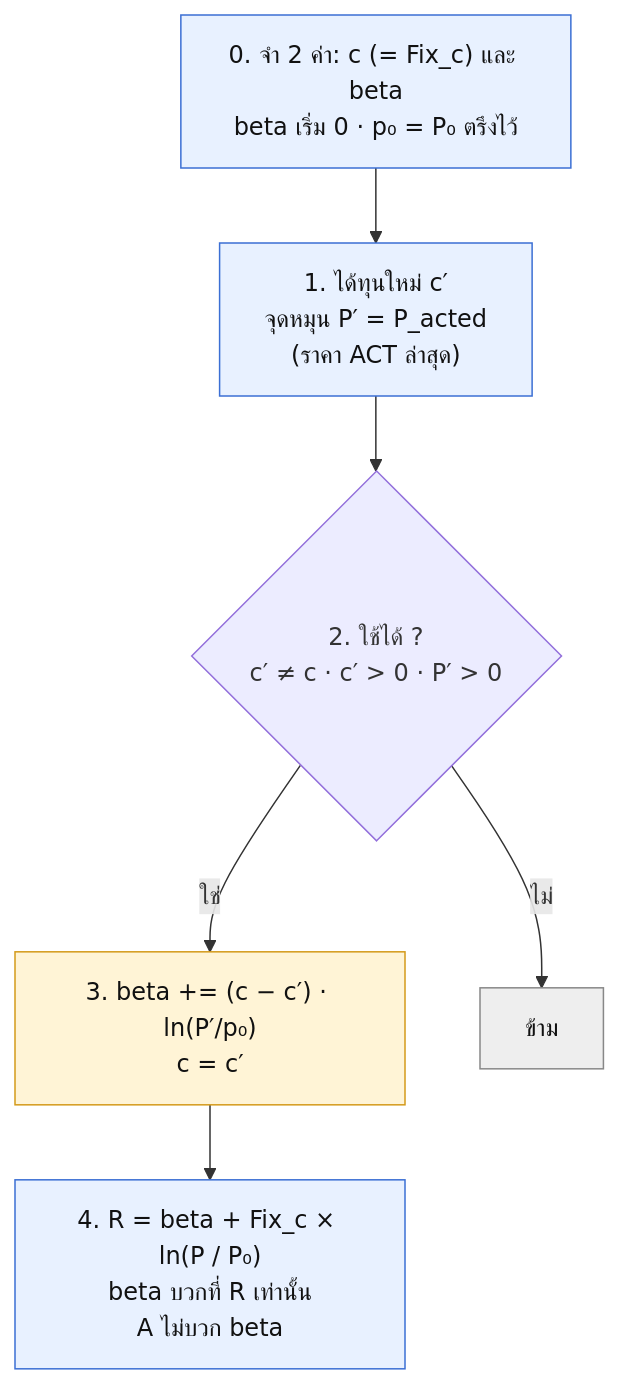
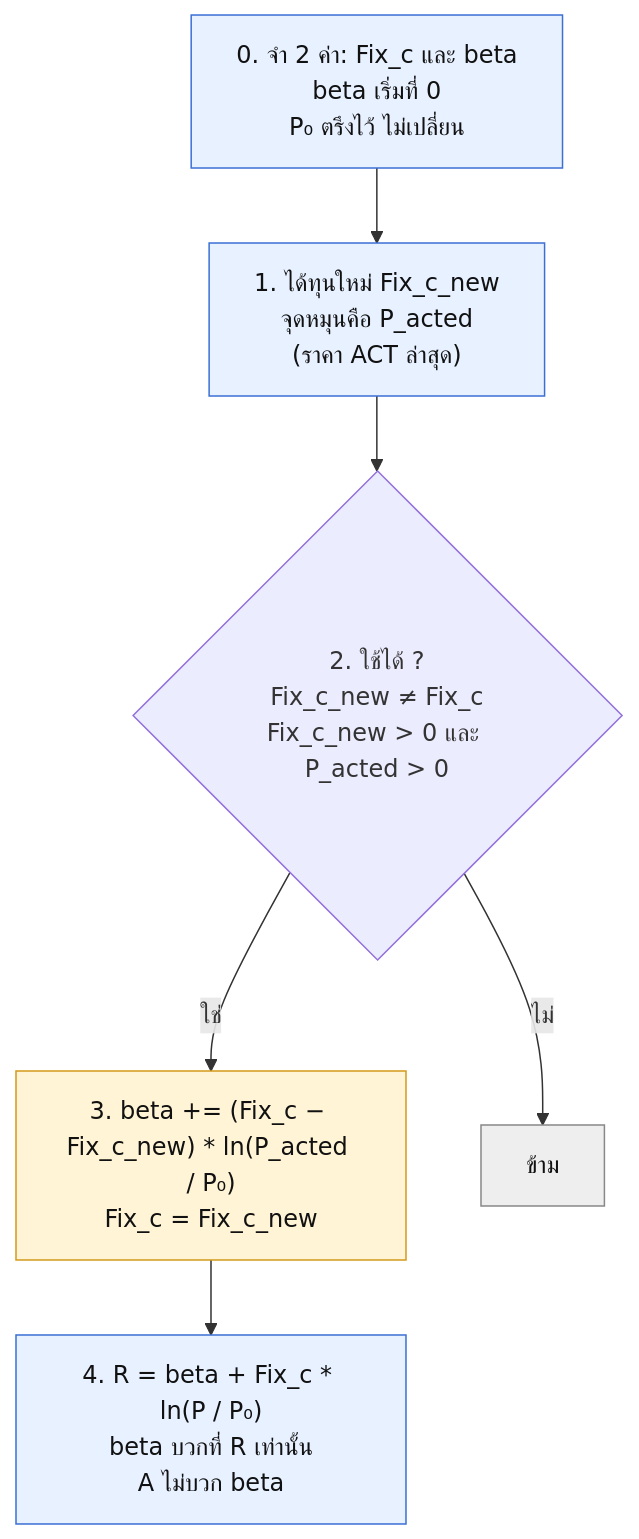
The diagram in cheat_sheet/rollover.mmd (firstnattapon/streamlit_lego), drawn with Mermaid before and after one commit. The commit also changed 5 other files, not shown here.

First line of the commit message:
Cheat Sheet: one name per thing and * for multiply in the rollover diagram

```diff
--- a/cheat_sheet/rollover.mmd
+++ b/cheat_sheet/rollover.mmd
@@ -1,17 +1,17 @@
 flowchart TD
-    S["0. จำ 2 ค่า: c (= Fix_c) และ beta<br/>beta เริ่ม 0 · p₀ = P₀ ตรึงไว้"] --> A["1. ได้ทุนใหม่ c′<br/>จุดหมุน P′ = P_acted<br/>(ราคา ACT ล่าสุด)"]
+    S["0. จำ 2 ค่า: Fix_c และ beta<br/>beta เริ่มที่ 0<br/>P₀ ตรึงไว้ ไม่เปลี่ยน"] --> A["1. ได้ทุนใหม่ Fix_c_new<br/>จุดหมุนคือ P_acted<br/>(ราคา ACT ล่าสุด)"]
 
-    A --> B{"2. ใช้ได้ ?<br/>c′ ≠ c · c′ > 0 · P′ > 0"}
+    A --> B{"2. ใช้ได้ ?<br/>Fix_c_new ≠ Fix_c<br/>Fix_c_new > 0 และ P_acted > 0"}
 
-    B -->|"ใช่"| C["3. beta += (c − c′) · ln(P′/p₀)<br/>c = c′"]
+    B -->|"ใช่"| C["3. beta += (Fix_c − Fix_c_new) * ln(P_acted / P₀)<br/>Fix_c = Fix_c_new"]
     B -->|"ไม่"| SKIP["ข้าม"]
 
-    C --> D["4. R = beta + Fix_c × ln(P / P₀)<br/>beta บวกที่ R เท่านั้น<br/>A ไม่บวก beta"]
+    C --> D["4. R = beta + Fix_c * ln(P / P₀)<br/>beta บวกที่ R เท่านั้น<br/>A ไม่บวก beta"]
 
     classDef calc fill:#e8f1ff,stroke:#3b6fd4,color:#111;
     classDef act fill:#fff4d6,stroke:#d49a1a,color:#111;
     classDef end_ fill:#eeeeee,stroke:#888,color:#111;
 
     class S,A,D calc;
     class C act;
     class SKIP end_;
```
